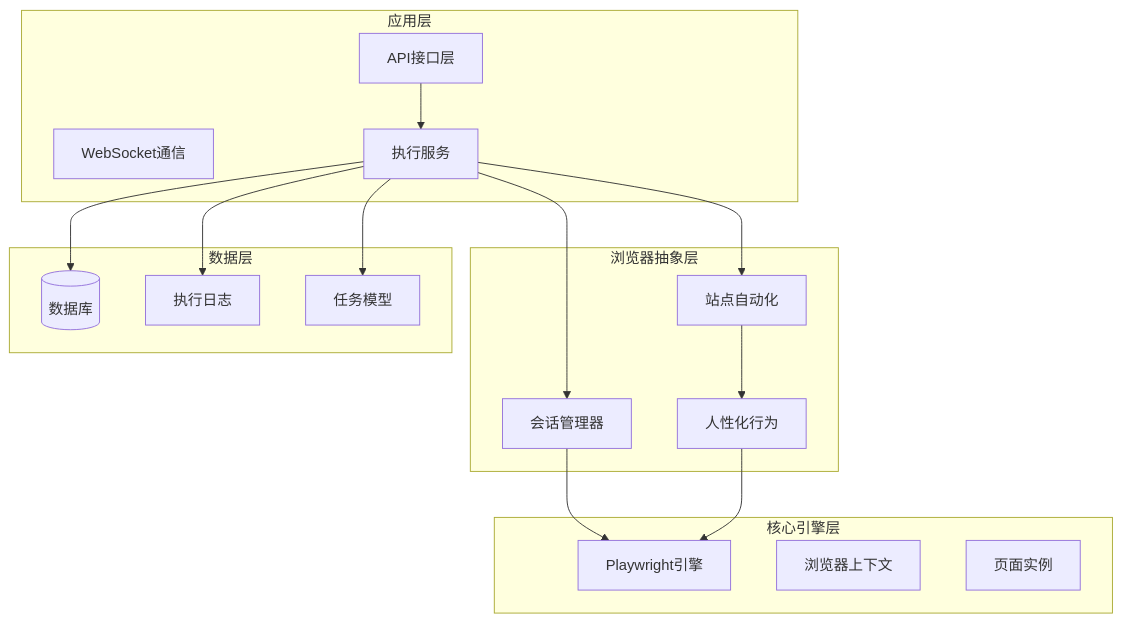
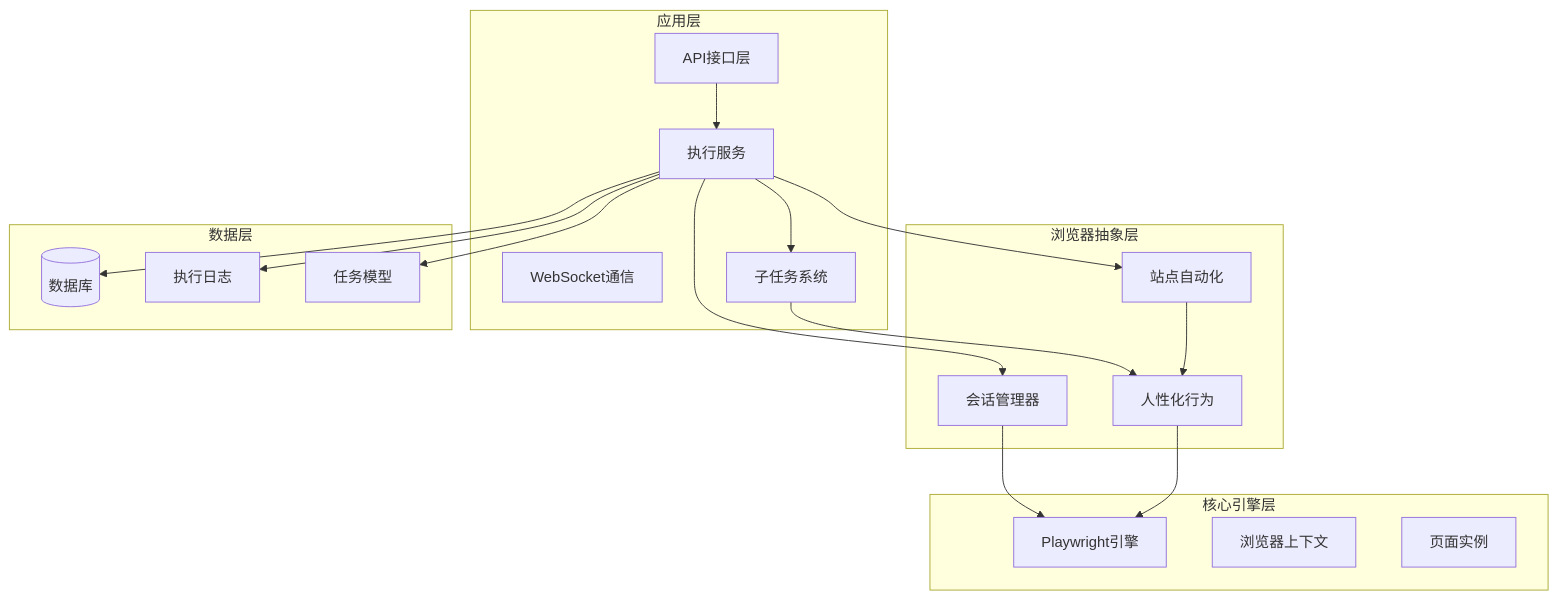
Before and after one commit to onebody/ccclubs_AI_RPA: the first of 8 diagrams in .qoder/repowiki/zh/content/浏览器自动化/人性化行为模拟.md, drawn with Mermaid. The commit also changed other lines of this file and 50 other files, not shown here.

````diff
--- a/.qoder/repowiki/zh/content/浏览器自动化/人性化行为模拟.md
+++ b/.qoder/repowiki/zh/content/浏览器自动化/人性化行为模拟.md
@@ -39,32 +54,35 @@
 ```mermaid
 graph TB
 subgraph "应用层"
 API[API接口层]
 WS[WebSocket通信]
 EXEC[执行服务]
+SUBTASK[子任务系统]
 end
 subgraph "浏览器抽象层"
 SM[会话管理器]
 HB[人性化行为]
 SA[站点自动化]
 end
 subgraph "核心引擎层"
 PW[Playwright引擎]
 CTX[浏览器上下文]
 PAGE[页面实例]
 end
 subgraph "数据层"
 DB[(数据库)]
 LOG[执行日志]
 TASK[任务模型]
 end
 API --> EXEC
+EXEC --> SUBTASK
 EXEC --> SM
 EXEC --> SA
+SUBTASK --> HB
 SM --> PW
 SA --> HB
 HB --> PW
 EXEC --> DB
 EXEC --> LOG
 EXEC --> TASK
 ```
````
